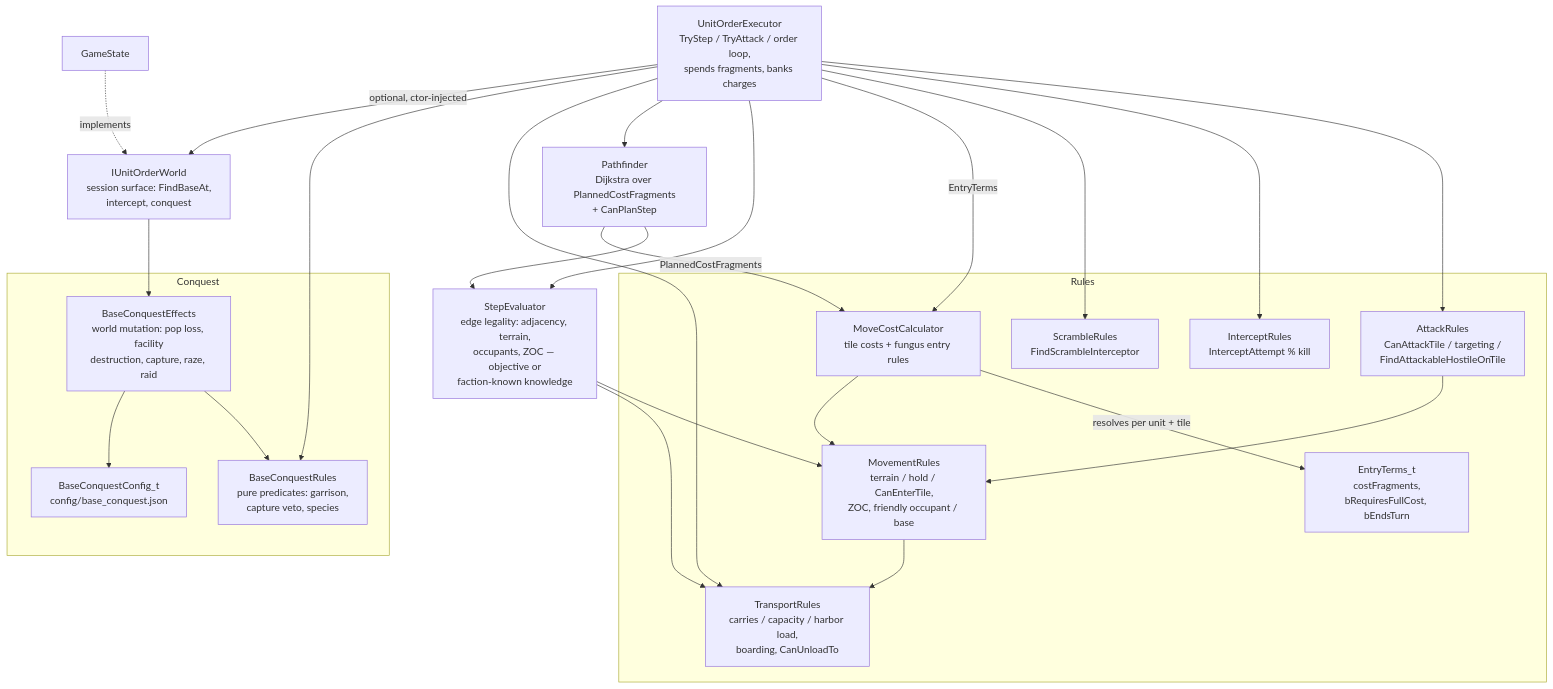
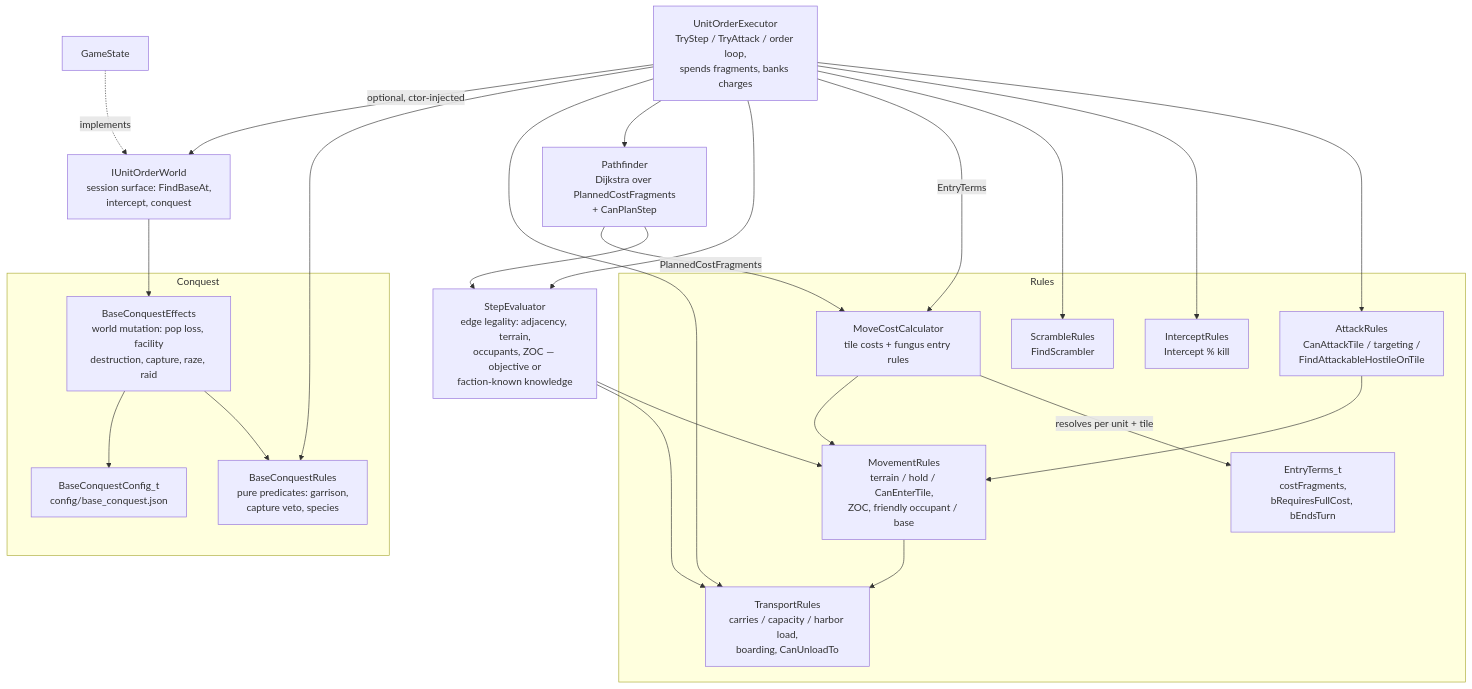
The diagram in docs/architecture/unit-movement-system.md (kilianloftis/alpha-centauri), drawn with Mermaid before and after one commit. The commit also changed other lines of this file and 27 other files, not shown here.

````diff
--- a/docs/architecture/unit-movement-system.md
+++ b/docs/architecture/unit-movement-system.md
@@ -9,46 +9,46 @@
 ```mermaid
 graph TD
     subgraph Rules
         MovementRules[MovementRules<br/>terrain / hold / CanEnterTile,<br/>ZOC, friendly occupant / base]
         TransportRules[TransportRules<br/>carries / capacity / harbor load,<br/>boarding, CanUnloadTo]
         MoveCostCalculator[MoveCostCalculator<br/>tile costs + fungus entry rules]
         EntryTerms[EntryTerms_t<br/>costFragments,<br/>bRequiresFullCost, bEndsTurn]
         MoveCostCalculator -->|resolves per unit + tile| EntryTerms
         MovementRules --> TransportRules
         AttackRules[AttackRules<br/>CanAttackTile / targeting /<br/>FindAttackableHostileOnTile]
-        InterceptRules[InterceptRules<br/>InterceptAttempt % kill]
-        ScrambleRules[ScrambleRules<br/>FindScrambleInterceptor]
+        InterceptRules[InterceptRules<br/>Intercept % kill]
+        ScrambleRules[ScrambleRules<br/>FindScrambler]
         AttackRules --> MovementRules
     end
 
     subgraph Conquest
         BaseConquestRules[BaseConquestRules<br/>pure predicates: garrison,<br/>capture veto, species]
         BaseConquestEffects[BaseConquestEffects<br/>world mutation: pop loss, facility<br/>destruction, capture, raze, raid]
         BaseConquestConfig[BaseConquestConfig_t<br/>config/base_conquest.json]
         BaseConquestEffects --> BaseConquestRules
         BaseConquestEffects --> BaseConquestConfig
     end
 
     StepEvaluator[StepEvaluator<br/>edge legality: adjacency, terrain,<br/>occupants, ZOC — objective or<br/>faction-known knowledge]
     Pathfinder[Pathfinder<br/>Dijkstra over PlannedCostFragments<br/>+ CanPlanStep]
     UnitOrderExecutor[UnitOrderExecutor<br/>TryStep / TryAttack / order loop,<br/>spends fragments, banks charges]
     UnitOrderExecutor --> AttackRules
     UnitOrderExecutor --> InterceptRules
     UnitOrderExecutor --> ScrambleRules
     IUnitOrderWorld[IUnitOrderWorld<br/>session surface: FindBaseAt,<br/>intercept, conquest]
     GameState[GameState]
 
     StepEvaluator --> MovementRules
     StepEvaluator --> TransportRules
     MoveCostCalculator --> MovementRules
     Pathfinder --> StepEvaluator
     Pathfinder -->|PlannedCostFragments| MoveCostCalculator
     UnitOrderExecutor -->|EntryTerms| MoveCostCalculator
     UnitOrderExecutor --> StepEvaluator
     UnitOrderExecutor --> Pathfinder
     UnitOrderExecutor --> TransportRules
     UnitOrderExecutor --> BaseConquestRules
     UnitOrderExecutor -->|optional, ctor-injected| IUnitOrderWorld
     GameState -.->|implements| IUnitOrderWorld
     IUnitOrderWorld --> BaseConquestEffects
 ```
````
